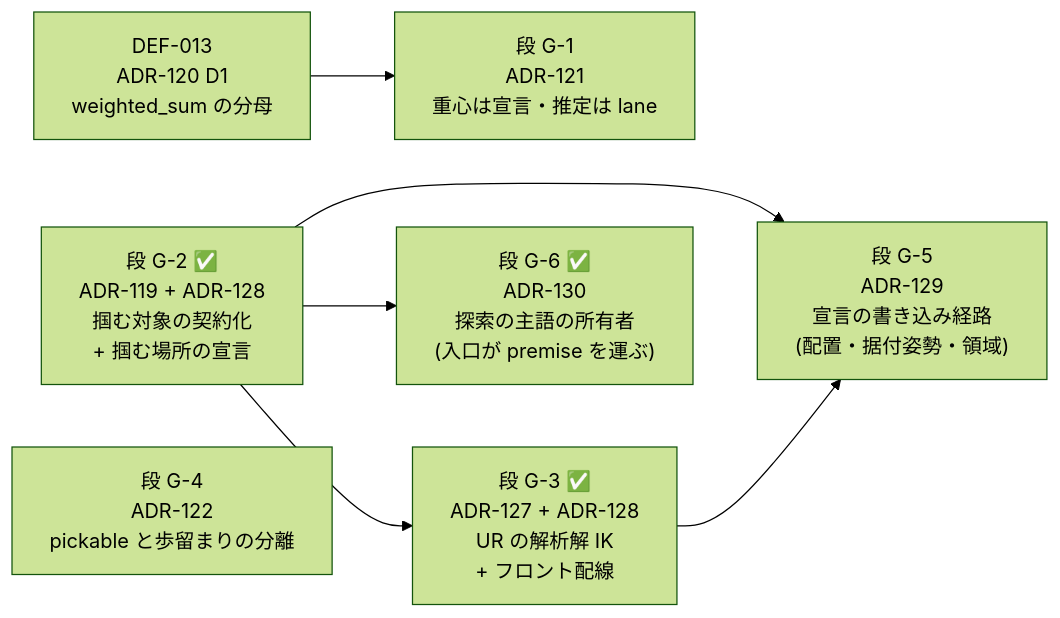
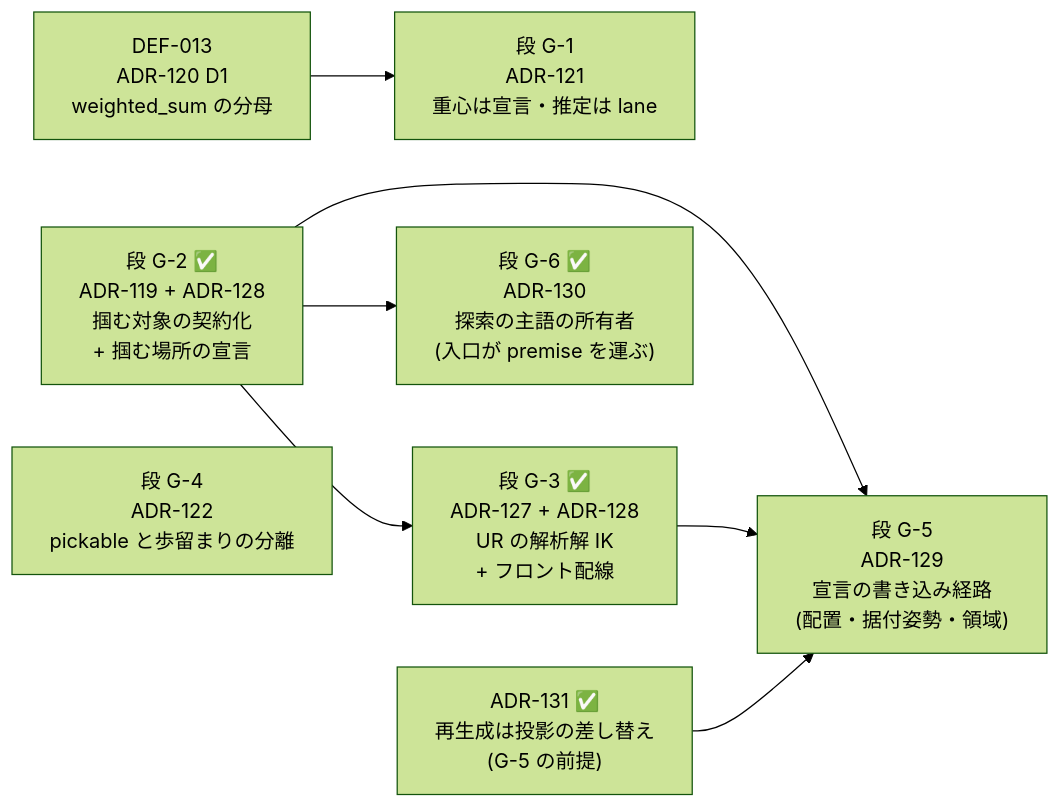
The diagram in docs/grasp/implementation-order.md (yuubae215/easy-extrude), drawn with Mermaid (forest theme) before and after one commit. The commit also changed other lines of this file and 7 other files, not shown here.

````diff
--- a/docs/grasp/implementation-order.md
+++ b/docs/grasp/implementation-order.md
@@ -27,14 +27,15 @@
 ```mermaid
 graph LR
   D13["DEF-013<br/>ADR-120 D1<br/>weighted_sum の分母"] --> S1
   S1["段 G-1<br/>ADR-121<br/>重心は宣言・推定は lane"]
   S2["段 G-2 ✅<br/>ADR-119 + ADR-128<br/>掴む対象の契約化<br/>+ 掴む場所の宣言"]
   S3["段 G-4<br/>ADR-122<br/>pickable と歩留まりの分離"]
   S2 --> S4
   S4["段 G-3 ✅<br/>ADR-127 + ADR-128<br/>UR の解析解 IK<br/>+ フロント配線"]
   S2 --> S5
   S4 --> S5
   S5["段 G-5<br/>ADR-129<br/>宣言の書き込み経路<br/>(配置・据付姿勢・領域)"]
   S2 --> S6
+  S5P["ADR-131 ✅<br/>再生成は投影の差し替え<br/>(G-5 の前提)"] --> S5
   S6["段 G-6 ✅<br/>ADR-130<br/>探索の主語の所有者<br/>(入口が premise を運ぶ)"]
 ```
````
